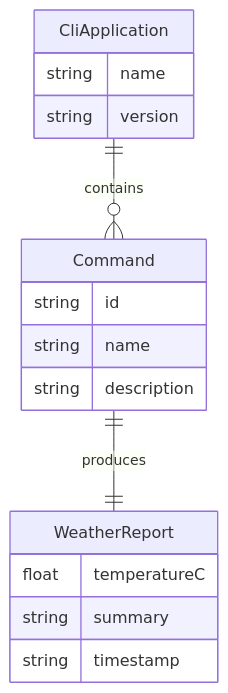
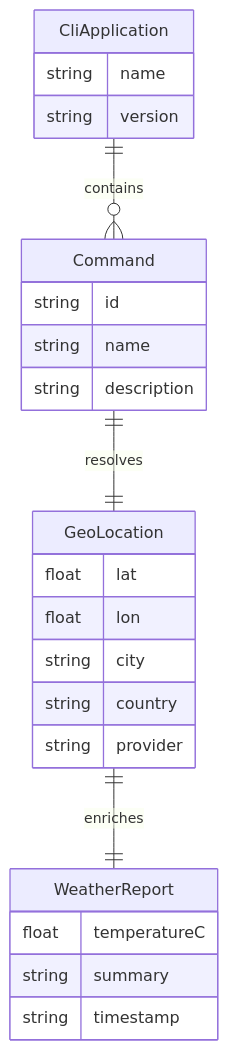
One commit to AIDDbot/ArchetypeNodeCLI changed the diagram in docs/DOMAIN.md. Above: the diagram before and after it, drawn with Mermaid. The commit also changed other lines of this file and 1 other file, not shown here.

Commit message:
docs(architecture): clarify ip-api geolocation flow; add GeoLocation entity and adapter in DOMAIN/SYSTEMS

````diff
--- a/docs/DOMAIN.md
+++ b/docs/DOMAIN.md
@@ -77,20 +95,28 @@
 ```mermaid
 erDiagram
     CliApplication {
         string name
         string version
     }
     Command {
         string id
         string name
         string description
     }
+    GeoLocation {
+        float lat
+        float lon
+        string city
+        string country
+        string provider
+    }
     WeatherReport {
         float temperatureC
         string summary
         string timestamp
     }
 
     CliApplication ||--o{ Command : contains
-    Command ||--|| WeatherReport : produces
+    Command ||--|| GeoLocation : resolves
+    GeoLocation ||--|| WeatherReport : enriches
 ```
````
